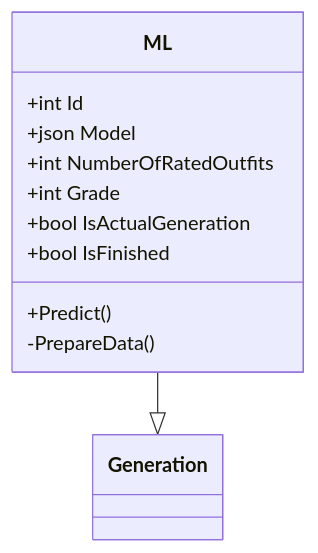
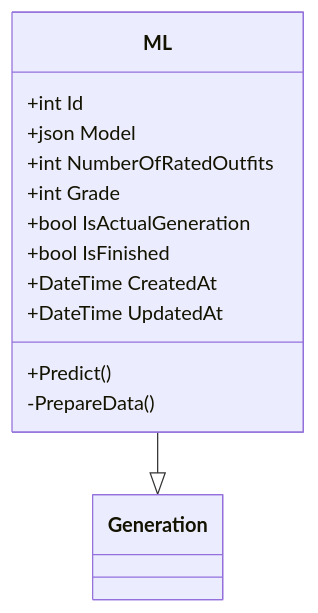
Before and after one commit to Just-Simon-Dev/Just-Simon-Dev.github.io: the first of 2 diagrams in ShowLook/Writerside2/topics/Data-architecture.md, drawn with Mermaid. The commit also changed other lines of this file and 4 other files, not shown here.

Commit message:
Create frontend C4 architecture, update estimation, refactor Scrum Information and ML strategy texts, update Backend C4 architecture and Data Architecture

````diff
--- a/ShowLook/Writerside2/topics/Data-architecture.md
+++ b/ShowLook/Writerside2/topics/Data-architecture.md
@@ -9,13 +9,15 @@
 ```mermaid
 classDiagram
     ML --|> Generation
     ML: +int Id
     ML: +json Model
     ML: +int NumberOfRatedOutfits
     ML: +int Grade
     ML: +bool IsActualGeneration
     ML: +bool IsFinished
+    ML: +DateTime CreatedAt
+    ML: +DateTime UpdatedAt
     ML: +Predict()
     ML: -PrepareData()
     
 ```
````
